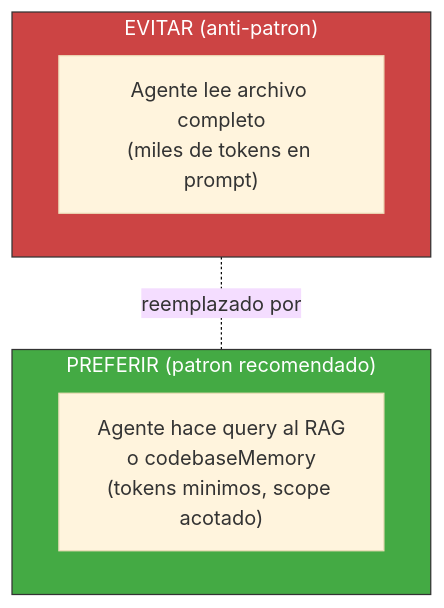
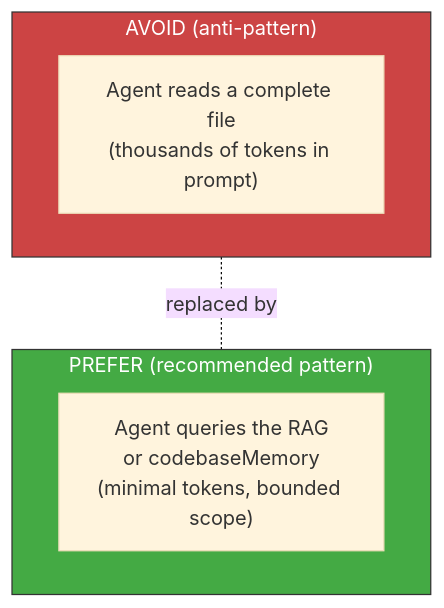
Before and after one commit to virgenherrera/virgil: the diagram in principia/sections/22-rag-dbms.md, drawn with Mermaid (base theme). The commit also changed other lines of this file and 42 other files, not shown here.

````diff
--- a/principia/sections/22-rag-dbms.md
+++ b/principia/sections/22-rag-dbms.md
@@ -42,15 +42,15 @@
 ```mermaid
 flowchart TD
-    subgraph EVITAR["EVITAR (anti-patron)"]
-        A1["Agente lee archivo completo\n(miles de tokens en prompt)"]
+    subgraph EVITAR["AVOID (anti-pattern)"]
+        A1["Agent reads a complete file\n(thousands of tokens in prompt)"]
     end
 
-    subgraph PREFERIR["PREFERIR (patron recomendado)"]
-        A2["Agente hace query al RAG\no codebaseMemory\n(tokens minimos, scope acotado)"]
+    subgraph PREFERIR["PREFER (recommended pattern)"]
+        A2["Agent queries the RAG\nor codebaseMemory\n(minimal tokens, bounded scope)"]
     end
 
-    EVITAR -.-|"reemplazado por"| PREFERIR
+    EVITAR -.-|"replaced by"| PREFERIR
 
     style EVITAR fill:#c44,stroke:#333,color:#fff
     style PREFERIR fill:#4a4,stroke:#333,color:#fff
 ```
````
